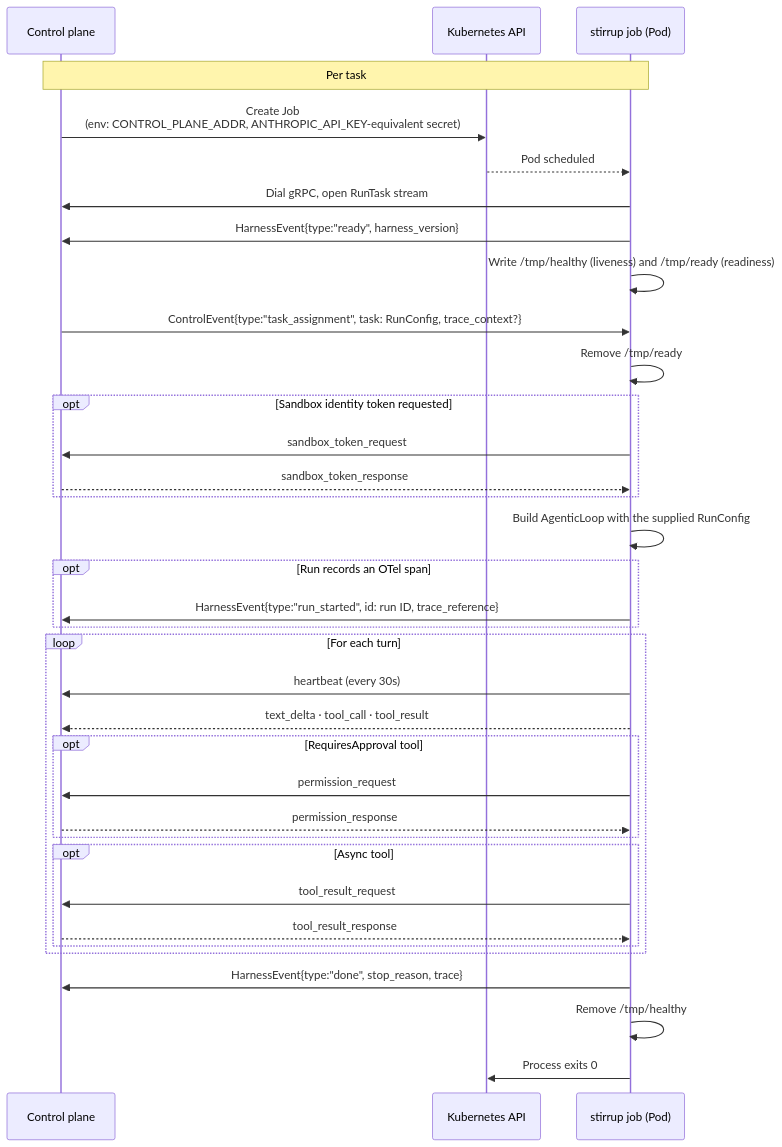
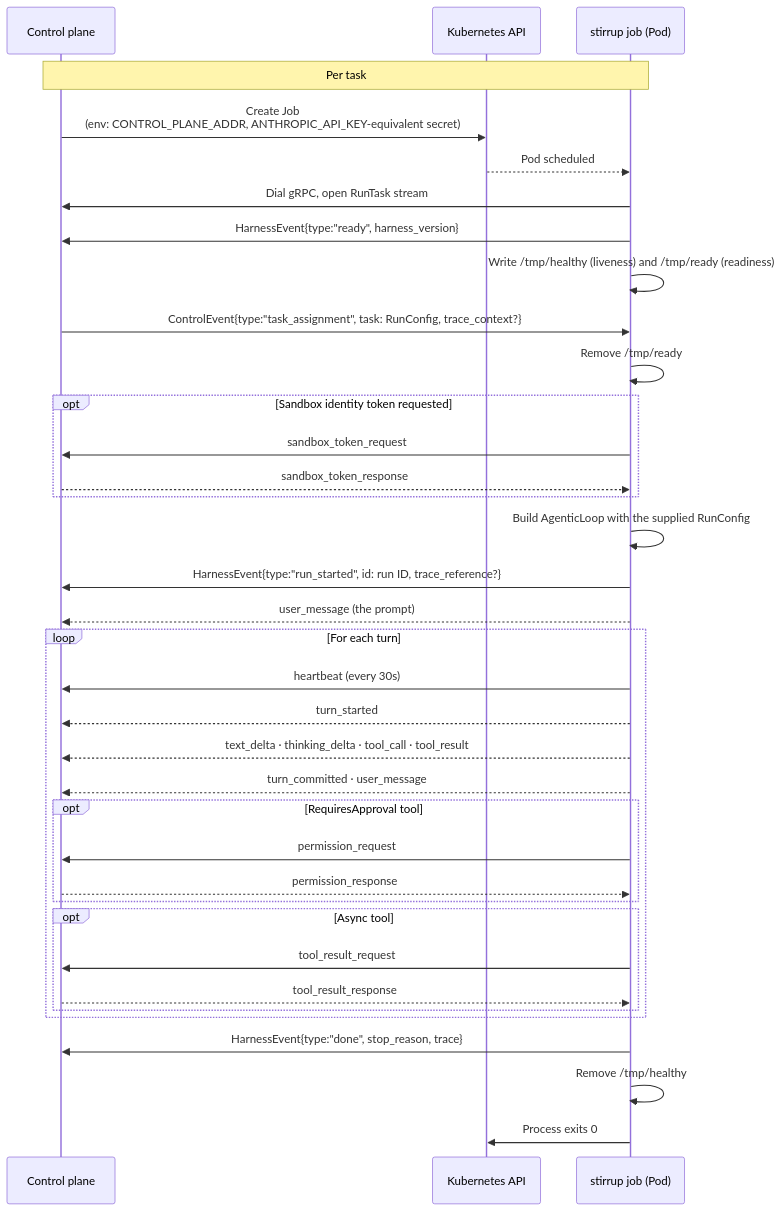
One commit to rxbynerd/stirrup changed the diagram in docs/deployment.md. Above: the diagram before and after it, drawn with Mermaid. The commit also changed other lines of this file and 2 other files, not shown here.

````diff
--- a/docs/deployment.md
+++ b/docs/deployment.md
@@ -11,37 +11,38 @@
 ```mermaid
 sequenceDiagram
     participant CP as Control plane
     participant K as Kubernetes API
     participant H as stirrup job (Pod)
     Note over CP,H: Per task
     CP->>K: Create Job<br/>(env: CONTROL_PLANE_ADDR, ANTHROPIC_API_KEY-equivalent secret)
     K-->>H: Pod scheduled
     H->>CP: Dial gRPC, open RunTask stream
     H->>CP: HarnessEvent{type:"ready", harness_version}
     H->>H: Write /tmp/healthy (liveness) and /tmp/ready (readiness)
     CP->>H: ControlEvent{type:"task_assignment", task: RunConfig, trace_context?}
     H->>H: Remove /tmp/ready
     opt Sandbox identity token requested
         H->>CP: sandbox_token_request
         CP-->>H: sandbox_token_response
     end
     H->>H: Build AgenticLoop with the supplied RunConfig
-    opt Run records an OTel span
-        H->>CP: HarnessEvent{type:"run_started", id: run ID, trace_reference}
-    end
+    H->>CP: HarnessEvent{type:"run_started", id: run ID, trace_reference?}
+    H-->>CP: user_message (the prompt)
     loop For each turn
         H->>CP: heartbeat (every 30s)
-        H-->>CP: text_delta · tool_call · tool_result
+        H-->>CP: turn_started
+        H-->>CP: text_delta · thinking_delta · tool_call · tool_result
+        H-->>CP: turn_committed · user_message
         opt RequiresApproval tool
             H->>CP: permission_request
             CP-->>H: permission_response
         end
         opt Async tool
             H->>CP: tool_result_request
             CP-->>H: tool_result_response
         end
     end
     H->>CP: HarnessEvent{type:"done", stop_reason, trace}
     H->>H: Remove /tmp/healthy
     H->>K: Process exits 0
 ```
````
